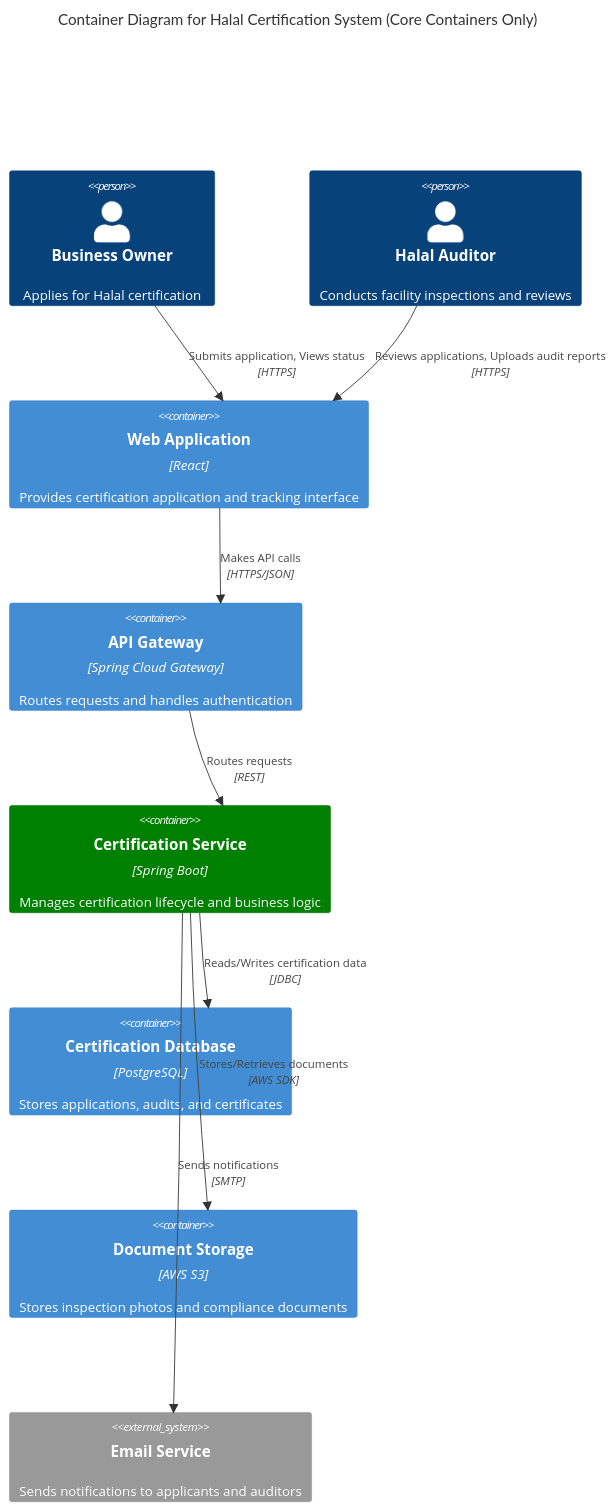
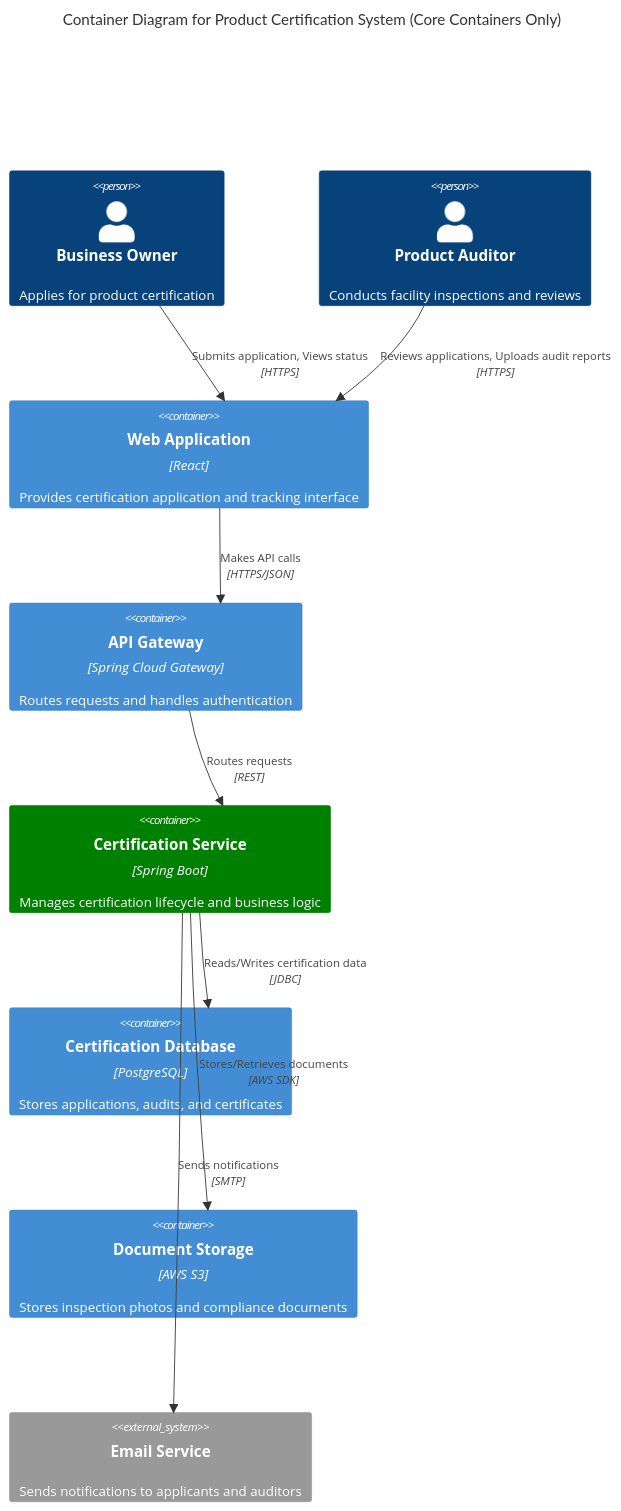
The second of 9 diagrams in docs/explanation/software/architecture/c4-architecture-model/ex-so-ar-c4armo__14-best-practices.md (wahidyankf/open-sharia-enterprise), drawn with Mermaid before and after one commit. The commit also changed other lines of this file and 94 other files, not shown here.

````diff
--- a/docs/explanation/software/architecture/c4-architecture-model/ex-so-ar-c4armo__14-best-practices.md
+++ b/docs/explanation/software/architecture/c4-architecture-model/ex-so-ar-c4armo__14-best-practices.md
@@ -74,25 +74,25 @@
 ```mermaid
 C4Container
-    title Container Diagram for Halal Certification System (Core Containers Only)
+    title Container Diagram for Product Certification System (Core Containers Only)
 
-    Person(applicant, "Business Owner", "Applies for Halal certification")
-    Person(auditor, "Halal Auditor", "Conducts facility inspections and reviews")
+    Person(applicant, "Business Owner", "Applies for product certification")
+    Person(auditor, "Product Auditor", "Conducts facility inspections and reviews")
 
     Container(web, "Web Application", "React", "Provides certification application and tracking interface")
     Container(api, "API Gateway", "Spring Cloud Gateway", "Routes requests and handles authentication")
     Container(cert_service, "Certification Service", "Spring Boot", "Manages certification lifecycle and business logic")
     Container(db, "Certification Database", "PostgreSQL", "Stores applications, audits, and certificates")
     Container(file_storage, "Document Storage", "AWS S3", "Stores inspection photos and compliance documents")
 
     System_Ext(email, "Email Service", "Sends notifications to applicants and auditors")
 
     Rel(applicant, web, "Submits application, Views status", "HTTPS")
     Rel(auditor, web, "Reviews applications, Uploads audit reports", "HTTPS")
     Rel(web, api, "Makes API calls", "HTTPS/JSON")
     Rel(api, cert_service, "Routes requests", "REST")
     Rel(cert_service, db, "Reads/Writes certification data", "JDBC")
     Rel(cert_service, file_storage, "Stores/Retrieves documents", "AWS SDK")
     Rel(cert_service, email, "Sends notifications", "SMTP")
 
     UpdateElementStyle(cert_service, $fontColor="white", $bgColor="green", $borderColor="darkgreen")
 ```
````
